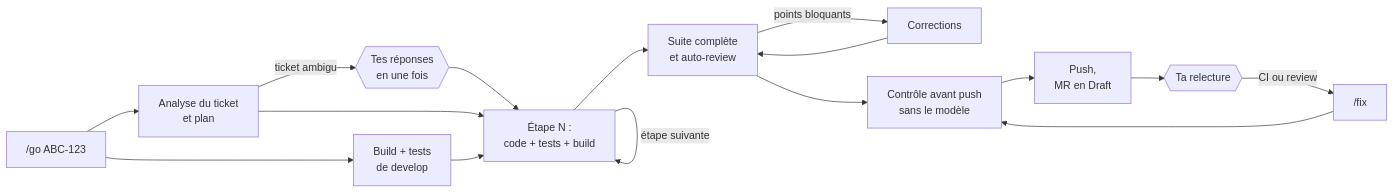
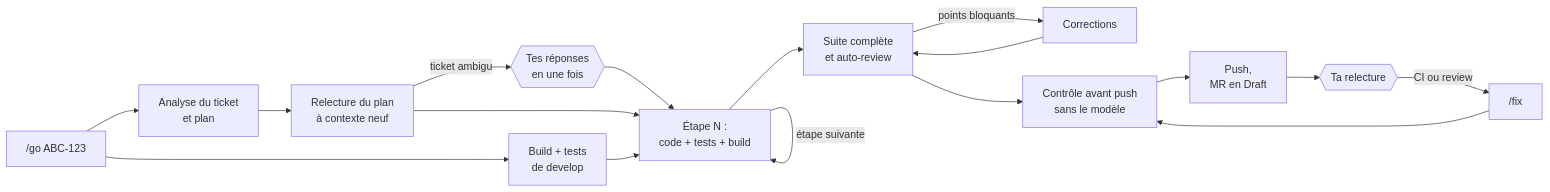
Before and after one commit to RabieDerouiche/OpenRDCode: the first of 8 diagrams in opencode-v2/README.md, drawn with Mermaid. The commit also changed other lines of this file and 15 other files, not shown here.

````diff
--- a/opencode-v2/README.md
+++ b/opencode-v2/README.md
@@ -72,18 +72,19 @@
 ```mermaid
 flowchart LR
   A["/go ABC-123"] --> B[Analyse du ticket<br>et plan]
   A --> M[Build + tests<br>de develop]
-  B -->|ticket ambigu| Q{{Tes réponses<br>en une fois}}
+  B --> P[Relecture du plan<br>à contexte neuf]
+  P -->|ticket ambigu| Q{{Tes réponses<br>en une fois}}
   Q --> C
-  B --> C[Étape N :<br>code + tests + build]
+  P --> C[Étape N :<br>code + tests + build]
   M --> C
   C -->|étape suivante| C
   C --> D[Suite complète<br>et auto-review]
   D -->|points bloquants| E[Corrections]
   E --> D
   D --> G[Contrôle avant push<br>sans le modèle]
   G --> F[Push,<br>MR en Draft]
   F --> R{{Ta relecture}}
   R -->|CI ou review| X["/fix"]
   X --> G
 ```
````
